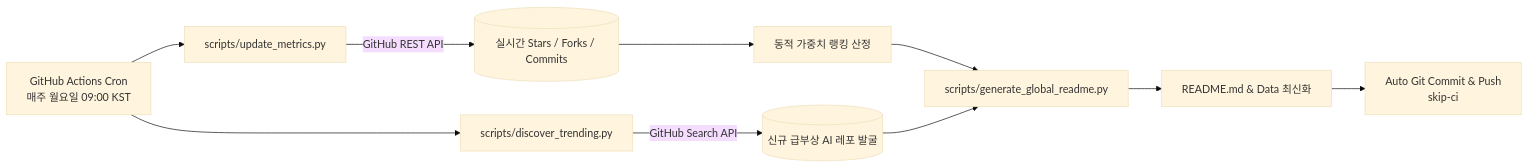
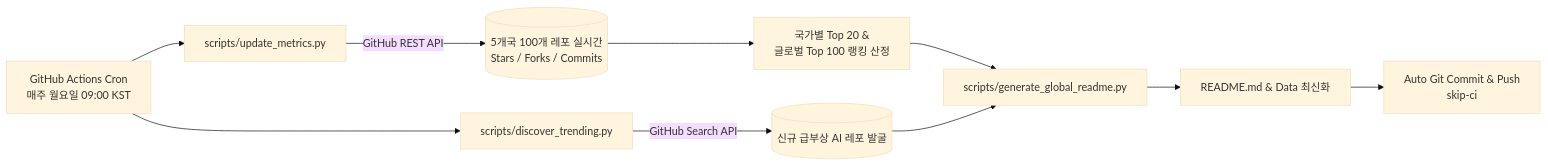
One commit to daeryundf2-prog/awesome-global-ai-vault changed the diagram in README.md. Above: the diagram before and after it, drawn with Mermaid (base theme). The commit also changed other lines of this file and 5 other files, not shown here.

````diff
--- a/README.md
+++ b/README.md
@@ -299,12 +317,12 @@
 ```mermaid
 flowchart LR
     A[GitHub Actions Cron<br>매주 월요일 09:00 KST] --> B[scripts/update_metrics.py]
-    B -->|GitHub REST API| C[(실시간 Stars / Forks / Commits)]
-    C --> D[동적 가중치 랭킹 산정]
+    B -->|GitHub REST API| C[(5개국 100개 레포 실시간<br>Stars / Forks / Commits)]
+    C --> D[국가별 Top 20 &<br>글로벌 Top 100 랭킹 산정]
     A --> E[scripts/discover_trending.py]
     E -->|GitHub Search API| F[(신규 급부상 AI 레포 발굴)]
     D --> G[scripts/generate_global_readme.py]
     F --> G
     G --> H[README.md & Data 최신화]
     H --> I[Auto Git Commit & Push<br>skip-ci]
 ```
````
